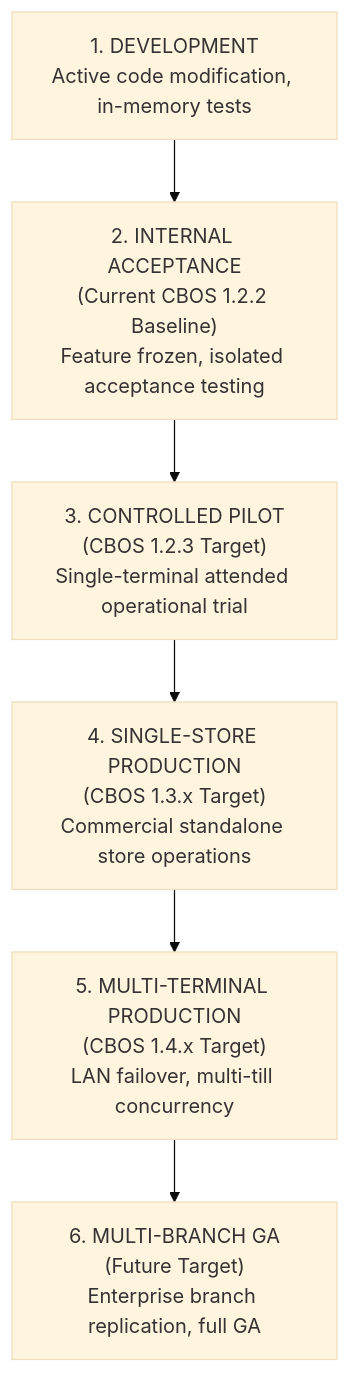
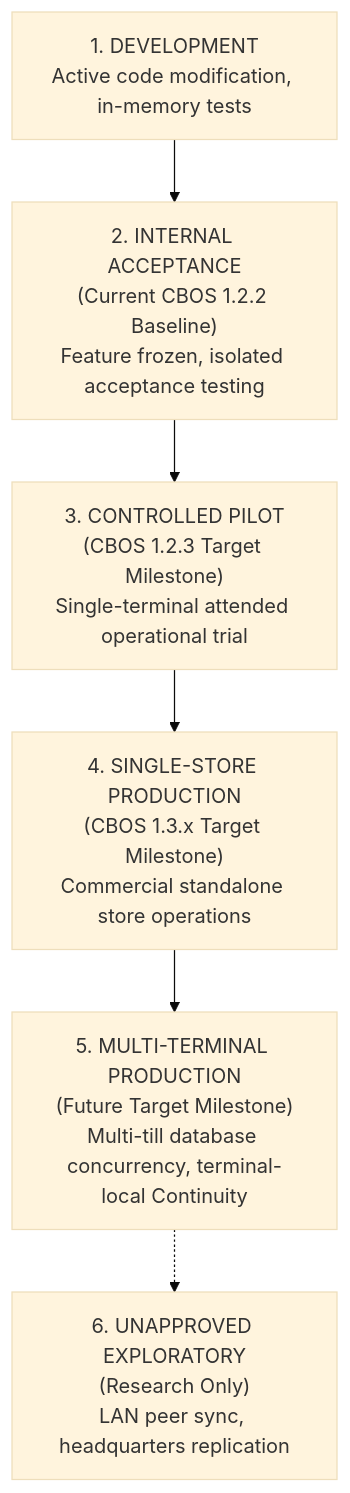
Before and after one commit to NadeemKhanLDR/Clovent-Business-Operating-System: the diagram in docs/development/readiness-levels.md, drawn with Mermaid (base theme). The commit also changed other lines of this file and 30 other files, not shown here.

````diff
--- a/docs/development/readiness-levels.md
+++ b/docs/development/readiness-levels.md
@@ -21,11 +25,12 @@
 ```mermaid
 flowchart TD
     L1["1. DEVELOPMENT<br/>Active code modification, in-memory tests"]
     L2["2. INTERNAL ACCEPTANCE<br/>(Current CBOS 1.2.2 Baseline)<br/>Feature frozen, isolated acceptance testing"]
-    L3["3. CONTROLLED PILOT<br/>(CBOS 1.2.3 Target)<br/>Single-terminal attended operational trial"]
-    L4["4. SINGLE-STORE PRODUCTION<br/>(CBOS 1.3.x Target)<br/>Commercial standalone store operations"]
-    L5["5. MULTI-TERMINAL PRODUCTION<br/>(CBOS 1.4.x Target)<br/>LAN failover, multi-till concurrency"]
-    L6["6. MULTI-BRANCH GA<br/>(Future Target)<br/>Enterprise branch replication, full GA"]
+    L3["3. CONTROLLED PILOT<br/>(CBOS 1.2.3 Target Milestone)<br/>Single-terminal attended operational trial"]
+    L4["4. SINGLE-STORE PRODUCTION<br/>(CBOS 1.3.x Target Milestone)<br/>Commercial standalone store operations"]
+    L5["5. MULTI-TERMINAL PRODUCTION<br/>(Future Target Milestone)<br/>Multi-till database concurrency, terminal-local Continuity"]
+    L6["6. UNAPPROVED EXPLORATORY<br/>(Research Only)<br/>LAN peer sync, headquarters replication"]
 
-    L1 --> L2 --> L3 --> L4 --> L5 --> L6
+    L1 --> L2 --> L3 --> L4 --> L5
+    L5 -.-> L6
 ```
````
